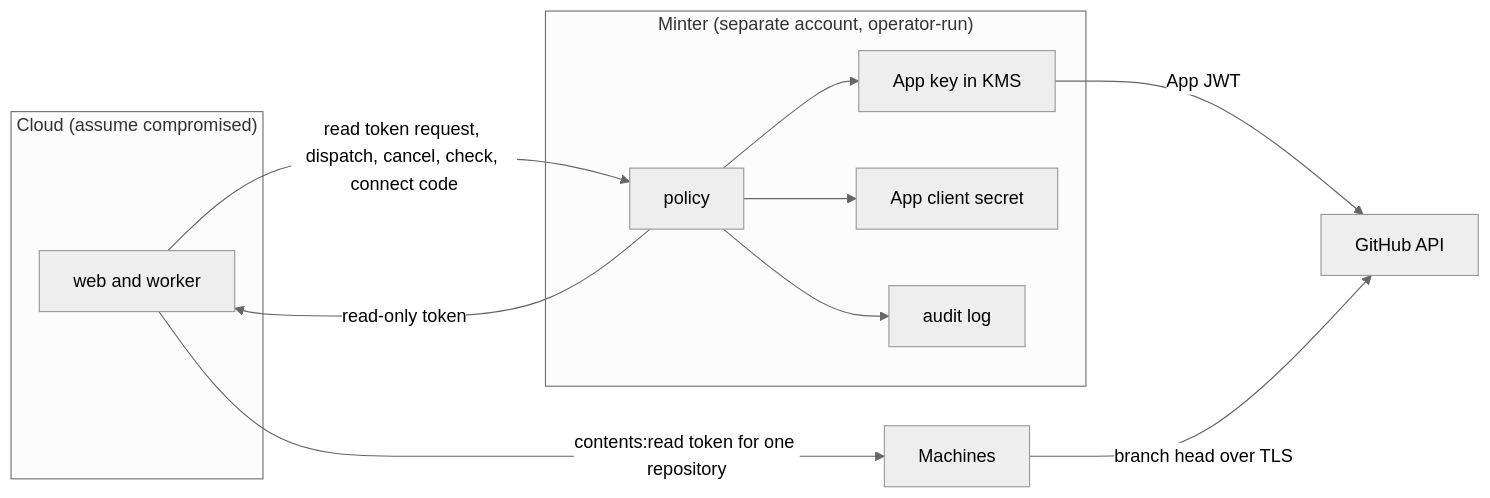
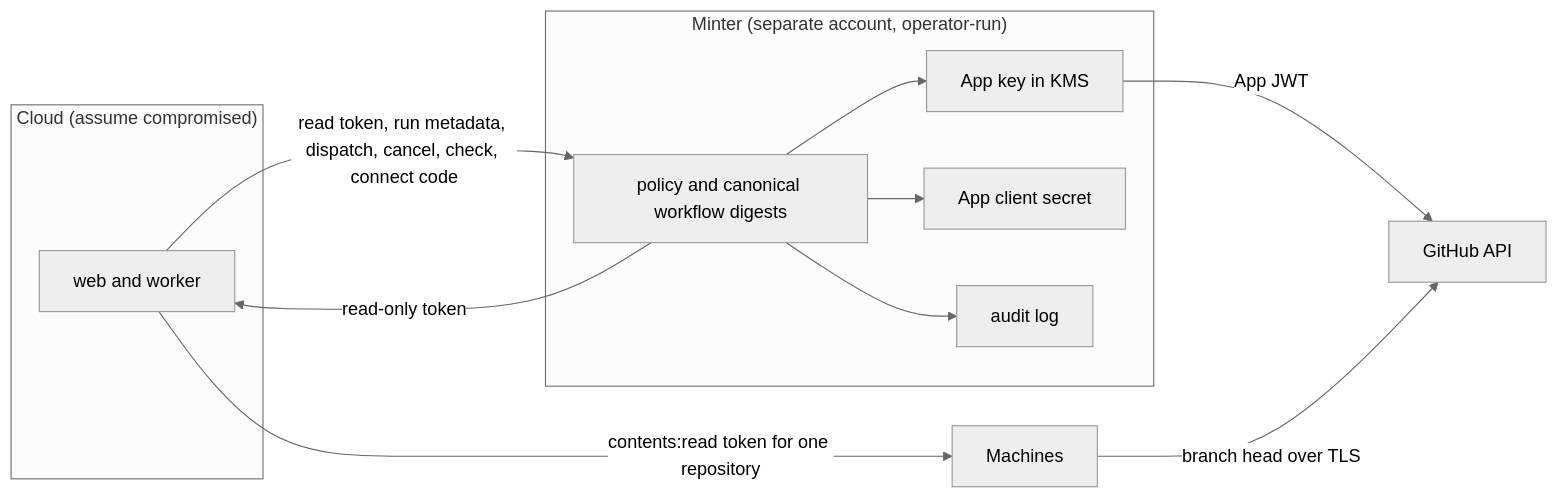
The diagram in docs/agents/plans/security-0.4/m-plan.md (getployz/ployz), drawn with Mermaid (neutral theme) before and after one commit. The commit also changed other lines of this file, not shown here.

First line of the commit message:
Plan thread M: canonical workflow on dispatch, no actions token, revoke user tokens, reorder cutover

````diff
--- a/docs/agents/plans/security-0.4/m-plan.md
+++ b/docs/agents/plans/security-0.4/m-plan.md
@@ -17,16 +18,16 @@
 ```mermaid
 flowchart LR
   subgraph Cloud["Cloud (assume compromised)"]
     W[web and worker]
   end
   subgraph Minter["Minter (separate account, operator-run)"]
-    P[policy] --> K[App key in KMS]
+    P[policy and canonical workflow digests] --> K[App key in KMS]
     P --> S[App client secret]
     P --> L[audit log]
   end
-  W -- "read token request, dispatch, cancel, check, connect code" --> P
+  W -- "read token, run metadata, dispatch, cancel, check, connect code" --> P
   K -- "App JWT" --> G[GitHub API]
   P -- "read-only token" --> W
   W -- "contents:read token for one repository" --> M[Machines]
   M -- "branch head over TLS" --> G
 ```
````
